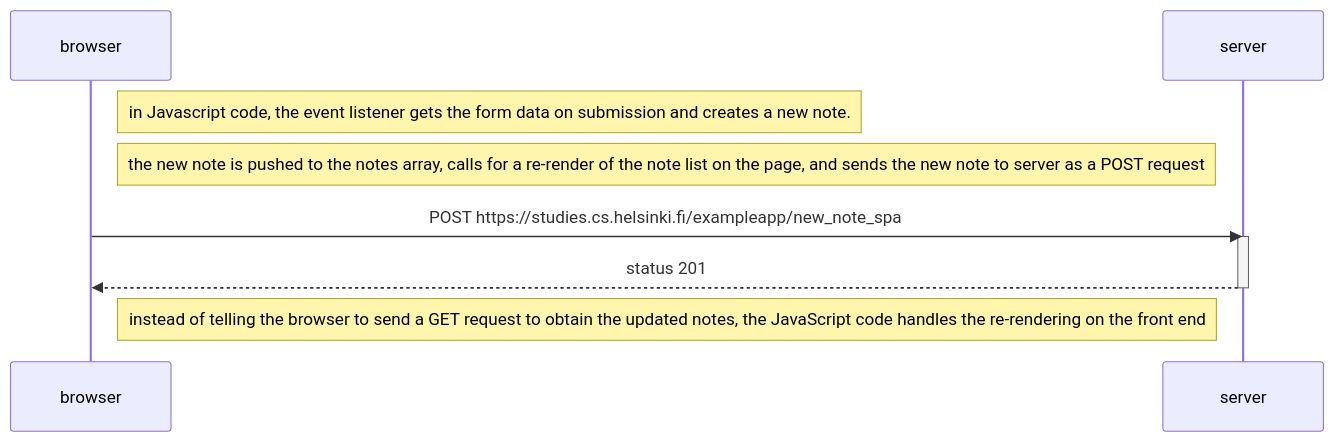
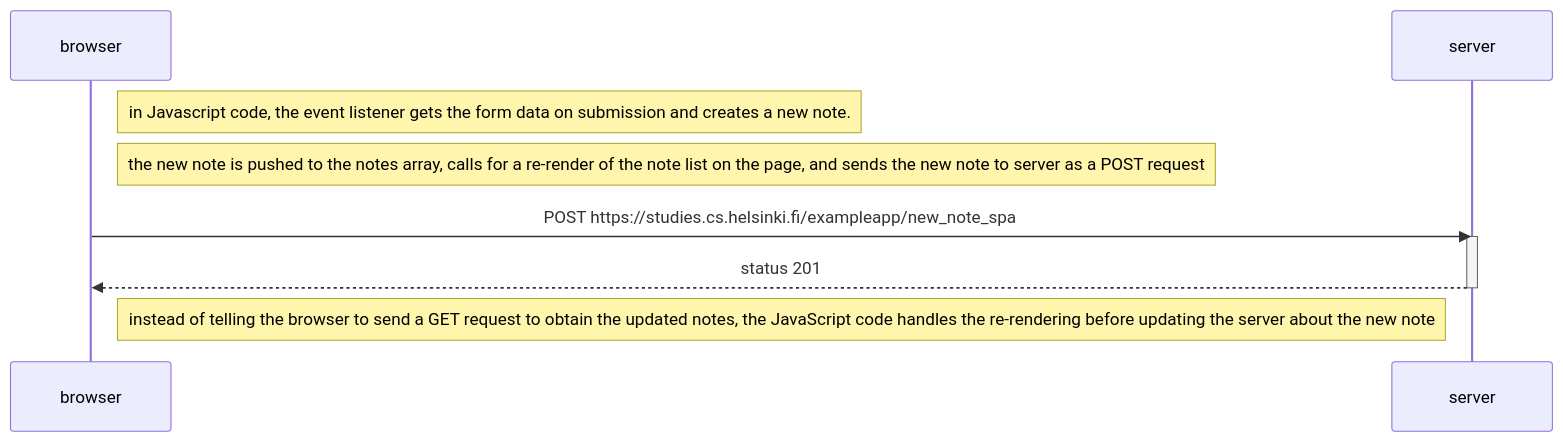
Before and after one commit to praiseyu/fullstackopen: the diagram in part0/0.6-SPA-new-note.md, drawn with Mermaid.

Commit message:
Finish part 0.6

````diff
--- a/part0/0.6-SPA-new-note.md
+++ b/part0/0.6-SPA-new-note.md
@@ -1,15 +1,15 @@
 ```mermaid
 sequenceDiagram
     participant browser
     participant server
 
     Note right of browser: in Javascript code, the event listener gets the form data on submission and creates a new note.
     Note right of browser: the new note is pushed to the notes array, calls for a re-render of the note list on the page, and sends the new note to server as a POST request
 
     browser->>server: POST https://studies.cs.helsinki.fi/exampleapp/new_note_spa
     activate server
     server-->>browser: status 201
     deactivate server
 
-    Note right of browser: instead of telling the browser to send a GET request to obtain the updated notes, the JavaScript code handles the re-rendering on the front end
+    Note right of browser: instead of telling the browser to send a GET request to obtain the updated notes, the JavaScript code handles the re-rendering before updating the server about the new note
 ```
````
